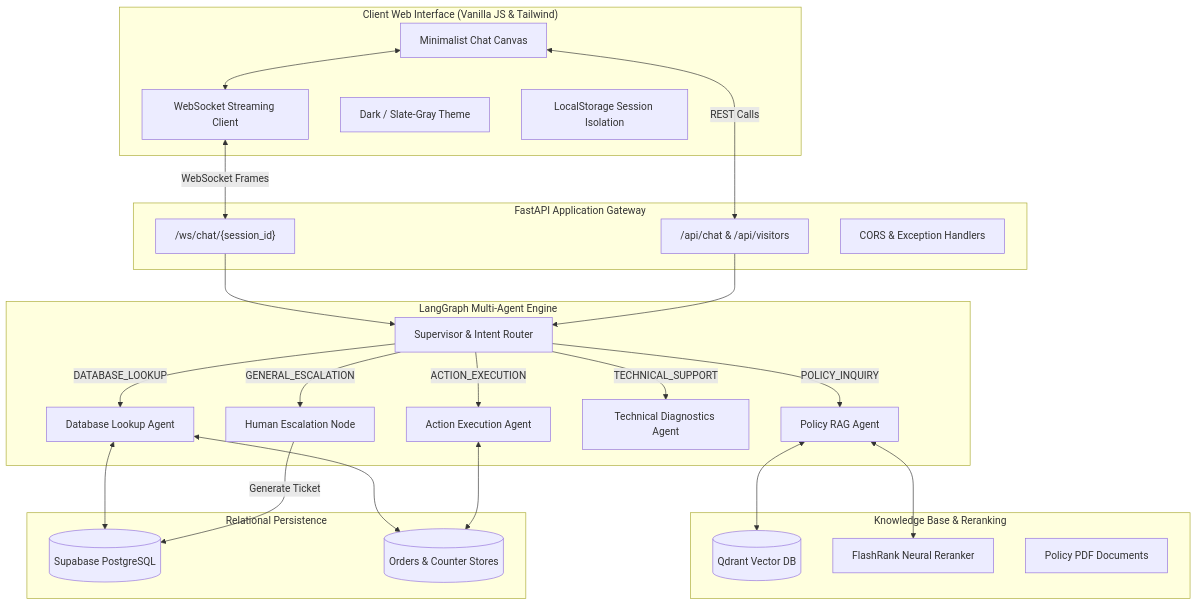
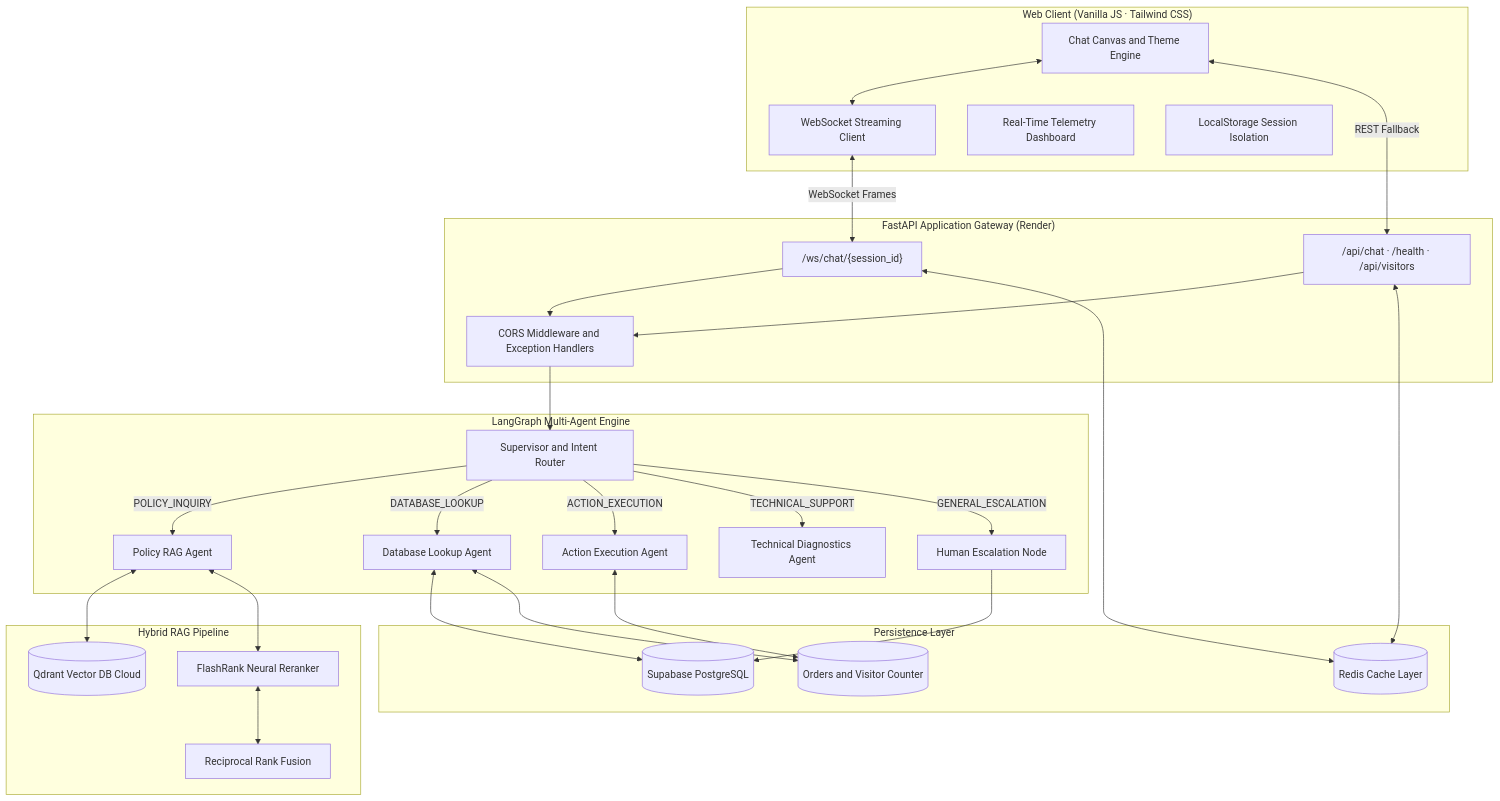
Before and after one commit to princeVerma73/ResolveX: the diagram in README.md, drawn with Mermaid. The commit also changed other lines of this file, not shown here.

Commit message:
update README with streamlined badges, overview, and architecture diagram

````diff
--- a/README.md
+++ b/README.md
@@ -79,55 +52,59 @@
 ```mermaid
 flowchart TD
-    subgraph Frontend ["Client Web Interface (Vanilla JS & Tailwind)"]
-        UI[Minimalist Chat Canvas]
+    subgraph Client ["Web Client (Vanilla JS · Tailwind CSS)"]
+        UI[Chat Canvas and Theme Engine]
         WS_CLIENT[WebSocket Streaming Client]
-        THEME[Dark / Slate-Gray Theme]
+        TELEMETRY[Real-Time Telemetry Dashboard]
         STORAGE[LocalStorage Session Isolation]
     end
 
-    subgraph API ["FastAPI Application Gateway"]
+    subgraph API ["FastAPI Application Gateway (Render)"]
         WS_ROUTE["/ws/chat/{session_id}"]
-        REST_ROUTE["/api/chat & /api/visitors"]
-        MIDDLEWARE[CORS & Exception Handlers]
+        REST_ROUTE["/api/chat · /health · /api/visitors"]
+        CORS[CORS Middleware and Exception Handlers]
     end
 
     subgraph LangGraph ["LangGraph Multi-Agent Engine"]
-        ROUTER[Supervisor & Intent Router]
+        ROUTER[Supervisor and Intent Router]
         POLICY_NODE[Policy RAG Agent]
         ORDER_NODE[Database Lookup Agent]
         ACTION_NODE[Action Execution Agent]
         TECH_NODE[Technical Diagnostics Agent]
         ESCALATE_NODE[Human Escalation Node]
     end
 
-    subgraph Knowledge ["Knowledge Base & Reranking"]
-        QDRANT[(Qdrant Vector DB)]
+    subgraph RAG ["Hybrid RAG Pipeline"]
+        QDRANT[(Qdrant Vector DB Cloud)]
         FLASHRANK[FlashRank Neural Reranker]
-        PDFS[Policy PDF Documents]
+        RRF[Reciprocal Rank Fusion]
     end
 
-    subgraph Storage ["Relational Persistence"]
+    subgraph Storage ["Persistence Layer"]
         SUPABASE[(Supabase PostgreSQL)]
-        JSON_STORE[(Orders & Counter Stores)]
+        REDIS[(Redis Cache Layer)]
+        JSON_STORE[(Orders and Visitor Counter)]
     end
 
     UI <--> WS_CLIENT
     WS_CLIENT <-->|WebSocket Frames| WS_ROUTE
-    UI <-->|REST Calls| REST_ROUTE
+    UI <-->|REST Fallback| REST_ROUTE
 
-    WS_ROUTE --> ROUTER
-    REST_ROUTE --> ROUTER
+    WS_ROUTE --> CORS --> ROUTER
+    REST_ROUTE --> CORS
 
     ROUTER -->|POLICY_INQUIRY| POLICY_NODE
     ROUTER -->|DATABASE_LOOKUP| ORDER_NODE
     ROUTER -->|ACTION_EXECUTION| ACTION_NODE
     ROUTER -->|TECHNICAL_SUPPORT| TECH_NODE
     ROUTER -->|GENERAL_ESCALATION| ESCALATE_NODE
 
     POLICY_NODE <--> QDRANT
     POLICY_NODE <--> FLASHRANK
+    FLASHRANK <--> RRF
     ORDER_NODE <--> SUPABASE
     ORDER_NODE <--> JSON_STORE
     ACTION_NODE <--> JSON_STORE
-    ESCALATE_NODE -->|Generate Ticket| SUPABASE
+    ESCALATE_NODE --> SUPABASE
+    REST_ROUTE <--> REDIS
+    WS_ROUTE <--> REDIS
 ```
````
